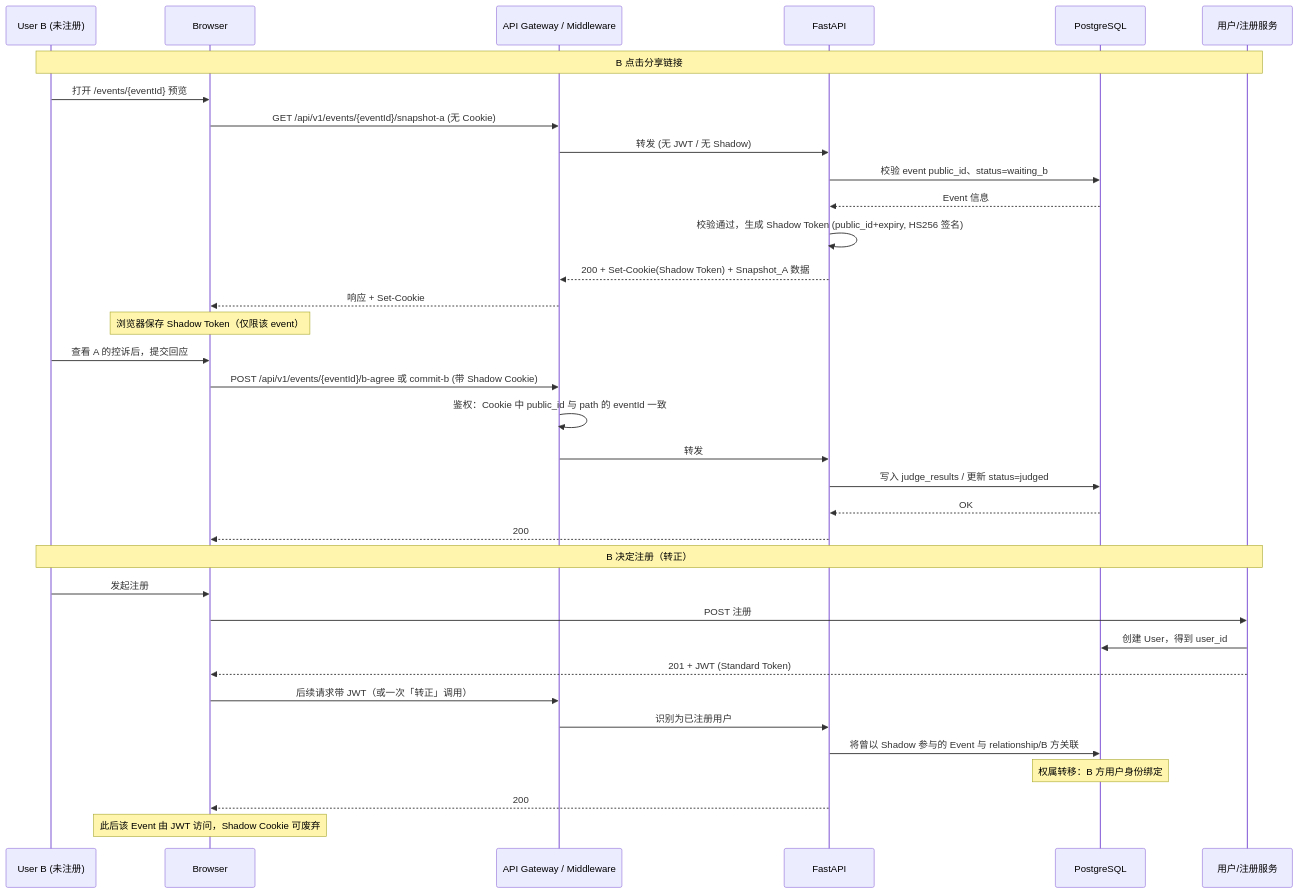
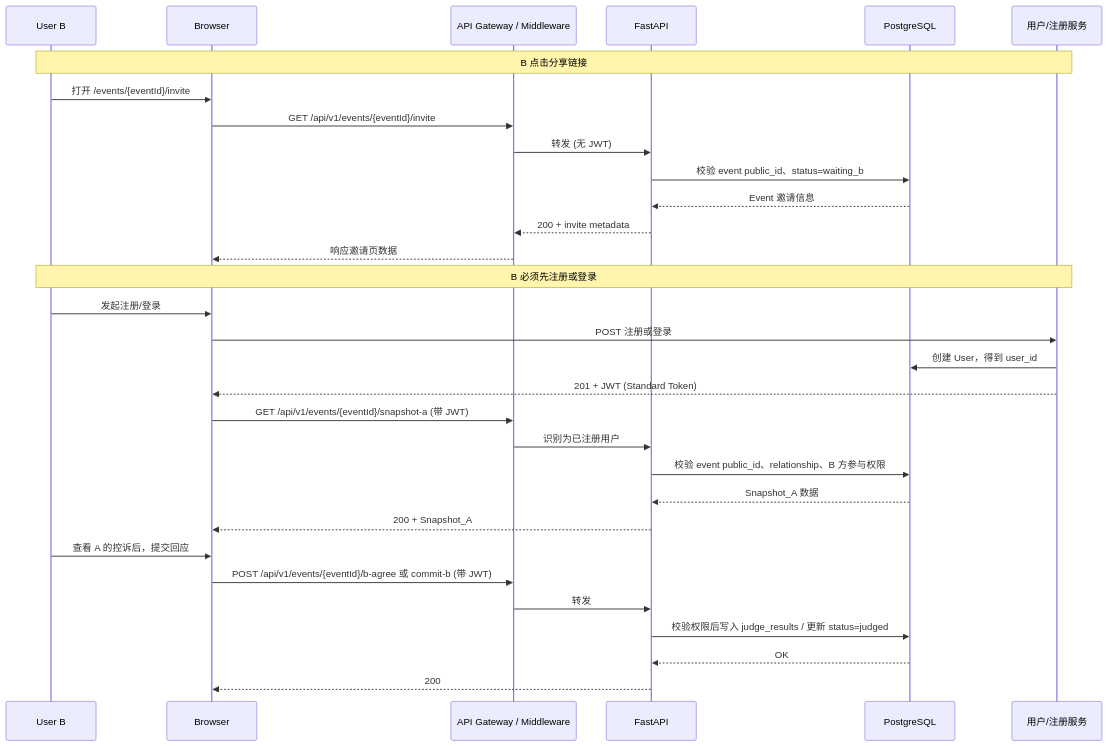
Before and after one commit to LoveMediator/Uli: the second of 2 diagrams in docs/LoveMediator_ARCH.md, drawn with Mermaid. The commit also changed other lines of this file and 6 other files, not shown here.

````diff
--- a/docs/LoveMediator_ARCH.md
+++ b/docs/LoveMediator_ARCH.md
@@ -748,40 +746,36 @@
 ```mermaid
 sequenceDiagram
-    participant B as User B (未注册)
+    participant B as User B
     participant Browser
     participant Gateway as API Gateway / Middleware
     participant API as FastAPI
     participant DB as PostgreSQL
     participant Auth as 用户/注册服务
 
     Note over B,Auth: B 点击分享链接
-    B->>Browser: 打开 /events/{eventId} 预览
-    Browser->>Gateway: GET /api/v1/events/{eventId}/snapshot-a (无 Cookie)
-    Gateway->>API: 转发 (无 JWT / 无 Shadow)
+    B->>Browser: 打开 /events/{eventId}/invite
+    Browser->>Gateway: GET /api/v1/events/{eventId}/invite
+    Gateway->>API: 转发 (无 JWT)
     API->>DB: 校验 event public_id、status=waiting_b
-    DB-->>API: Event 信息
-    API->>API: 校验通过，生成 Shadow Token (public_id+expiry, HS256 签名)
-    API-->>Gateway: 200 + Set-Cookie(Shadow Token) + Snapshot_A 数据
-    Gateway-->>Browser: 响应 + Set-Cookie
-    Note over Browser: 浏览器保存 Shadow Token（仅限该 event）
+    DB-->>API: Event 邀请信息
+    API-->>Gateway: 200 + invite metadata
+    Gateway-->>Browser: 响应邀请页数据
+
+    Note over B,Auth: B 必须先注册或登录
+    B->>Browser: 发起注册/登录
+    Browser->>Auth: POST 注册或登录
+    Auth->>DB: 创建 User，得到 user_id
+    Auth-->>Browser: 201 + JWT (Standard Token)
+    Browser->>Gateway: GET /api/v1/events/{eventId}/snapshot-a (带 JWT)
+    Gateway->>API: 识别为已注册用户
+    API->>DB: 校验 event public_id、relationship、B 方参与权限
+    DB-->>API: Snapshot_A 数据
+    API-->>Browser: 200 + Snapshot_A
 
     B->>Browser: 查看 A 的控诉后，提交回应
-    Browser->>Gateway: POST /api/v1/events/{eventId}/b-agree 或 commit-b (带 Shadow Cookie)
-    Gateway->>Gateway: 鉴权：Cookie 中 public_id 与 path 的 eventId 一致
+    Browser->>Gateway: POST /api/v1/events/{eventId}/b-agree 或 commit-b (带 JWT)
     Gateway->>API: 转发
-    API->>DB: 写入 judge_results / 更新 status=judged
+    API->>DB: 校验权限后写入 judge_results / 更新 status=judged
     DB-->>API: OK
     API-->>Browser: 200
-
-    Note over B,Auth: B 决定注册（转正）
-    B->>Browser: 发起注册
-    Browser->>Auth: POST 注册
-    Auth->>DB: 创建 User，得到 user_id
-    Auth-->>Browser: 201 + JWT (Standard Token)
-    Browser->>Gateway: 后续请求带 JWT（或一次「转正」调用）
-    Gateway->>API: 识别为已注册用户
-    API->>DB: 将曾以 Shadow 参与的 Event 与 relationship/B 方关联
-    Note over DB: 权属转移：B 方用户身份绑定
-    API-->>Browser: 200
-    Note over Browser: 此后该 Event 由 JWT 访问，Shadow Cookie 可废弃
 ```
````
